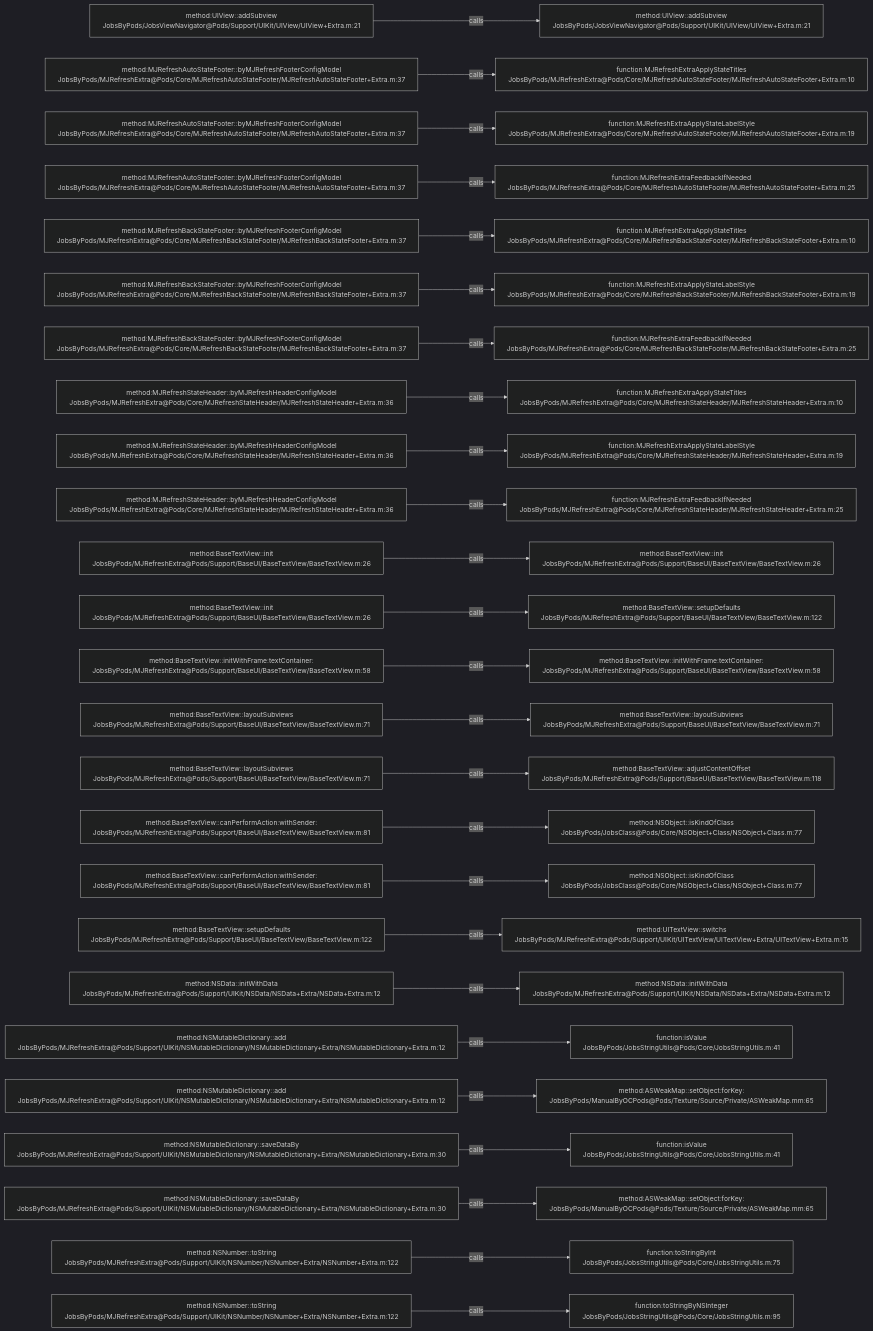
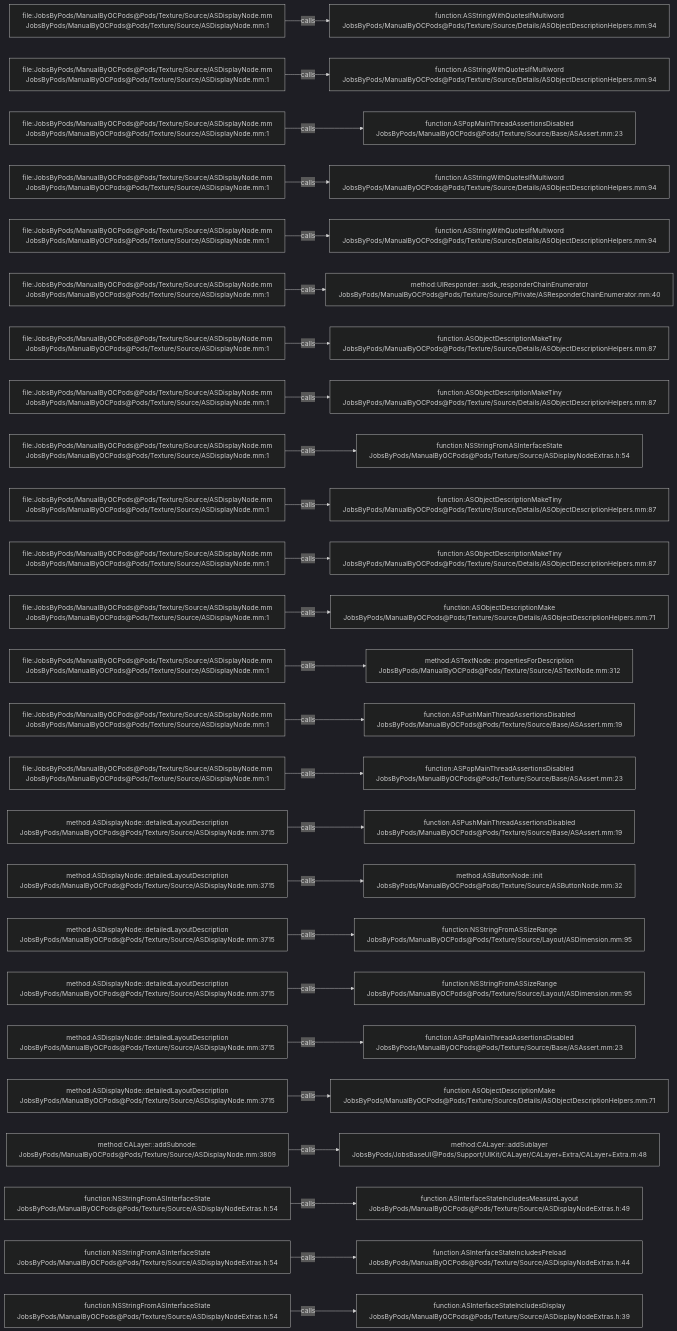
The diagram in .codegraph/codegraph.md/graphs/calls-112.md (JobsKits/JobsOCBaseConfigDemo), drawn with Mermaid (dark theme) before and after one commit. The commit also changed 2162 other files, not shown here.

````diff
--- a/.codegraph/codegraph.md/graphs/calls-112.md
+++ b/.codegraph/codegraph.md/graphs/calls-112.md
@@ -13,78 +13,78 @@
 ```mermaid
 flowchart LR
-  S1["method:UIView::addSubview<br/>JobsByPods/JobsViewNavigator@Pods/Support/UIKit/UIView/UIView+Extra.m:21"]
-  T1["method:UIView::addSubview<br/>JobsByPods/JobsViewNavigator@Pods/Support/UIKit/UIView/UIView+Extra.m:21"]
+  S1["file:JobsByPods/ManualByOCPods@Pods/Texture/Source/ASDisplayNode.mm<br/>JobsByPods/ManualByOCPods@Pods/Texture/Source/ASDisplayNode.mm:1"]
+  T1["function:ASStringWithQuotesIfMultiword<br/>JobsByPods/ManualByOCPods@Pods/Texture/Source/Details/ASObjectDescriptionHelpers.mm:94"]
   S1 -->|calls| T1
-  S2["method:MJRefreshAutoStateFooter::byMJRefreshFooterConfigModel<br/>JobsByPods/MJRefreshExtra@Pods/Core/MJRefreshAutoStateFooter/MJRefreshAutoStateFooter+Extra.m:37"]
-  T2["function:MJRefreshExtraApplyStateTitles<br/>JobsByPods/MJRefreshExtra@Pods/Core/MJRefreshAutoStateFooter/MJRefreshAutoStateFooter+Extra.m:10"]
+  S2["file:JobsByPods/ManualByOCPods@Pods/Texture/Source/ASDisplayNode.mm<br/>JobsByPods/ManualByOCPods@Pods/Texture/Source/ASDisplayNode.mm:1"]
+  T2["function:ASStringWithQuotesIfMultiword<br/>JobsByPods/ManualByOCPods@Pods/Texture/Source/Details/ASObjectDescriptionHelpers.mm:94"]
   S2 -->|calls| T2
-  S3["method:MJRefreshAutoStateFooter::byMJRefreshFooterConfigModel<br/>JobsByPods/MJRefreshExtra@Pods/Core/MJRefreshAutoStateFooter/MJRefreshAutoStateFooter+Extra.m:37"]
-  T3["function:MJRefreshExtraApplyStateLabelStyle<br/>JobsByPods/MJRefreshExtra@Pods/Core/MJRefreshAutoStateFooter/MJRefreshAutoStateFooter+Extra.m:19"]
+  S3["file:JobsByPods/ManualByOCPods@Pods/Texture/Source/ASDisplayNode.mm<br/>JobsByPods/ManualByOCPods@Pods/Texture/Source/ASDisplayNode.mm:1"]
+  T3["function:ASPopMainThreadAssertionsDisabled<br/>JobsByPods/ManualByOCPods@Pods/Texture/Source/Base/ASAssert.mm:23"]
   S3 -->|calls| T3
-  S4["method:MJRefreshAutoStateFooter::byMJRefreshFooterConfigModel<br/>JobsByPods/MJRefreshExtra@Pods/Core/MJRefreshAutoStateFooter/MJRefreshAutoStateFooter+Extra.m:37"]
-  T4["function:MJRefreshExtraFeedbackIfNeeded<br/>JobsByPods/MJRefreshExtra@Pods/Core/MJRefreshAutoStateFooter/MJRefreshAutoStateFooter+Extra.m:25"]
+  S4["file:JobsByPods/ManualByOCPods@Pods/Texture/Source/ASDisplayNode.mm<br/>JobsByPods/ManualByOCPods@Pods/Texture/Source/ASDisplayNode.mm:1"]
+  T4["function:ASStringWithQuotesIfMultiword<br/>JobsByPods/ManualByOCPods@Pods/Texture/Source/Details/ASObjectDescriptionHelpers.mm:94"]
   S4 -->|calls| T4
-  S5["method:MJRefreshBackStateFooter::byMJRefreshFooterConfigModel<br/>JobsByPods/MJRefreshExtra@Pods/Core/MJRefreshBackStateFooter/MJRefreshBackStateFooter+Extra.m:37"]
-  T5["function:MJRefreshExtraApplyStateTitles<br/>JobsByPods/MJRefreshExtra@Pods/Core/MJRefreshBackStateFooter/MJRefreshBackStateFooter+Extra.m:10"]
+  S5["file:JobsByPods/ManualByOCPods@Pods/Texture/Source/ASDisplayNode.mm<br/>JobsByPods/ManualByOCPods@Pods/Texture/Source/ASDisplayNode.mm:1"]
+  T5["function:ASStringWithQuotesIfMultiword<br/>JobsByPods/ManualByOCPods@Pods/Texture/Source/Details/ASObjectDescriptionHelpers.mm:94"]
   S5 -->|calls| T5
-  S6["method:MJRefreshBackStateFooter::byMJRefreshFooterConfigModel<br/>JobsByPods/MJRefreshExtra@Pods/Core/MJRefreshBackStateFooter/MJRefreshBackStateFooter+Extra.m:37"]
-  T6["function:MJRefreshExtraApplyStateLabelStyle<br/>JobsByPods/MJRefreshExtra@Pods/Core/MJRefreshBackStateFooter/MJRefreshBackStateFooter+Extra.m:19"]
+  S6["file:JobsByPods/ManualByOCPods@Pods/Texture/Source/ASDisplayNode.mm<br/>JobsByPods/ManualByOCPods@Pods/Texture/Source/ASDisplayNode.mm:1"]
+  T6["method:UIResponder::asdk_responderChainEnumerator<br/>JobsByPods/ManualByOCPods@Pods/Texture/Source/Private/ASResponderChainEnumerator.mm:40"]
   S6 -->|calls| T6
-  S7["method:MJRefreshBackStateFooter::byMJRefreshFooterConfigModel<br/>JobsByPods/MJRefreshExtra@Pods/Core/MJRefreshBackStateFooter/MJRefreshBackStateFooter+Extra.m:37"]
-  T7["function:MJRefreshExtraFeedbackIfNeeded<br/>JobsByPods/MJRefreshExtra@Pods/Core/MJRefreshBackStateFooter/MJRefreshBackStateFooter+Extra.m:25"]
+  S7["file:JobsByPods/ManualByOCPods@Pods/Texture/Source/ASDisplayNode.mm<br/>JobsByPods/ManualByOCPods@Pods/Texture/Source/ASDisplayNode.mm:1"]
+  T7["function:ASObjectDescriptionMakeTiny<br/>JobsByPods/ManualByOCPods@Pods/Texture/Source/Details/ASObjectDescriptionHelpers.mm:87"]
   S7 -->|calls| T7
-  S8["method:MJRefreshStateHeader::byMJRefreshHeaderConfigModel<br/>JobsByPods/MJRefreshExtra@Pods/Core/MJRefreshStateHeader/MJRefreshStateHeader+Extra.m:36"]
-  T8["function:MJRefreshExtraApplyStateTitles<br/>JobsByPods/MJRefreshExtra@Pods/Core/MJRefreshStateHeader/MJRefreshStateHeader+Extra.m:10"]
+  S8["file:JobsByPods/ManualByOCPods@Pods/Texture/Source/ASDisplayNode.mm<br/>JobsByPods/ManualByOCPods@Pods/Texture/Source/ASDisplayNode.mm:1"]
+  T8["function:ASObjectDescriptionMakeTiny<br/>JobsByPods/ManualByOCPods@Pods/Texture/Source/Details/ASObjectDescriptionHelpers.mm:87"]
   S8 -->|calls| T8
-  S9["method:MJRefreshStateHeader::byMJRefreshHeaderConfigModel<br/>JobsByPods/MJRefreshExtra@Pods/Core/MJRefreshStateHeader/MJRefreshStateHeader+Extra.m:36"]
-  T9["function:MJRefreshExtraApplyStateLabelStyle<br/>JobsByPods/MJRefreshExtra@Pods/Core/MJRefreshStateHeader/MJRefreshStateHeader+Extra.m:19"]
+  S9["file:JobsByPods/ManualByOCPods@Pods/Texture/Source/ASDisplayNode.mm<br/>JobsByPods/ManualByOCPods@Pods/Texture/Source/ASDisplayNode.mm:1"]
+  T9["function:NSStringFromASInterfaceState<br/>JobsByPods/ManualByOCPods@Pods/Texture/Source/ASDisplayNodeExtras.h:54"]
   S9 -->|calls| T9
-  S10["method:MJRefreshStateHeader::byMJRefreshHeaderConfigModel<br/>JobsByPods/MJRefreshExtra@Pods/Core/MJRefreshStateHeader/MJRefreshStateHeader+Extra.m:36"]
-  T10["function:MJRefreshExtraFeedbackIfNeeded<br/>JobsByPods/MJRefreshExtra@Pods/Core/MJRefreshStateHeader/MJRefreshStateHeader+Extra.m:25"]
+  S10["file:JobsByPods/ManualByOCPods@Pods/Texture/Source/ASDisplayNode.mm<br/>JobsByPods/ManualByOCPods@Pods/Texture/Source/ASDisplayNode.mm:1"]
+  T10["function:ASObjectDescriptionMakeTiny<br/>JobsByPods/ManualByOCPods@Pods/Texture/Source/Details/ASObjectDescriptionHelpers.mm:87"]
   S10 -->|calls| T10
-  S11["method:BaseTextView::init<br/>JobsByPods/MJRefreshExtra@Pods/Support/BaseUI/BaseTextView/BaseTextView.m:26"]
-  T11["method:BaseTextView::init<br/>JobsByPods/MJRefreshExtra@Pods/Support/BaseUI/BaseTextView/BaseTextView.m:26"]
+  S11["file:JobsByPods/ManualByOCPods@Pods/Texture/Source/ASDisplayNode.mm<br/>JobsByPods/ManualByOCPods@Pods/Texture/Source/ASDisplayNode.mm:1"]
+  T11["function:ASObjectDescriptionMakeTiny<br/>JobsByPods/ManualByOCPods@Pods/Texture/Source/Details/ASObjectDescriptionHelpers.mm:87"]
   S11 -->|calls| T11
-  S12["method:BaseTextView::init<br/>JobsByPods/MJRefreshExtra@Pods/Support/BaseUI/BaseTextView/BaseTextView.m:26"]
-  T12["method:BaseTextView::setupDefaults<br/>JobsByPods/MJRefreshExtra@Pods/Support/BaseUI/BaseTextView/BaseTextView.m:122"]
+  S12["file:JobsByPods/ManualByOCPods@Pods/Texture/Source/ASDisplayNode.mm<br/>JobsByPods/ManualByOCPods@Pods/Texture/Source/ASDisplayNode.mm:1"]
+  T12["function:ASObjectDescriptionMake<br/>JobsByPods/ManualByOCPods@Pods/Texture/Source/Details/ASObjectDescriptionHelpers.mm:71"]
   S12 -->|calls| T12
-  S13["method:BaseTextView::initWithFrame:textContainer:<br/>JobsByPods/MJRefreshExtra@Pods/Support/BaseUI/BaseTextView/BaseTextView.m:58"]
-  T13["method:BaseTextView::initWithFrame:textContainer:<br/>JobsByPods/MJRefreshExtra@Pods/Support/BaseUI/BaseTextView/BaseTextView.m:58"]
+  S13["file:JobsByPods/ManualByOCPods@Pods/Texture/Source/ASDisplayNode.mm<br/>JobsByPods/ManualByOCPods@Pods/Texture/Source/ASDisplayNode.mm:1"]
+  T13["method:ASTextNode::propertiesForDescription<br/>JobsByPods/ManualByOCPods@Pods/Texture/Source/ASTextNode.mm:312"]
   S13 -->|calls| T13
-  S14["method:BaseTextView::layoutSubviews<br/>JobsByPods/MJRefreshExtra@Pods/Support/BaseUI/BaseTextView/BaseTextView.m:71"]
-  T14["method:BaseTextView::layoutSubviews<br/>JobsByPods/MJRefreshExtra@Pods/Support/BaseUI/BaseTextView/BaseTextView.m:71"]
+  S14["file:JobsByPods/ManualByOCPods@Pods/Texture/Source/ASDisplayNode.mm<br/>JobsByPods/ManualByOCPods@Pods/Texture/Source/ASDisplayNode.mm:1"]
+  T14["function:ASPushMainThreadAssertionsDisabled<br/>JobsByPods/ManualByOCPods@Pods/Texture/Source/Base/ASAssert.mm:19"]
   S14 -->|calls| T14
-  S15["method:BaseTextView::layoutSubviews<br/>JobsByPods/MJRefreshExtra@Pods/Support/BaseUI/BaseTextView/BaseTextView.m:71"]
-  T15["method:BaseTextView::adjustContentOffset<br/>JobsByPods/MJRefreshExtra@Pods/Support/BaseUI/BaseTextView/BaseTextView.m:118"]
+  S15["file:JobsByPods/ManualByOCPods@Pods/Texture/Source/ASDisplayNode.mm<br/>JobsByPods/ManualByOCPods@Pods/Texture/Source/ASDisplayNode.mm:1"]
+  T15["function:ASPopMainThreadAssertionsDisabled<br/>JobsByPods/ManualByOCPods@Pods/Texture/Source/Base/ASAssert.mm:23"]
   S15 -->|calls| T15
-  S16["method:BaseTextView::canPerformAction:withSender:<br/>JobsByPods/MJRefreshExtra@Pods/Support/BaseUI/BaseTextView/BaseTextView.m:81"]
-  T16["method:NSObject::isKindOfClass<br/>JobsByPods/JobsClass@Pods/Core/NSObject+Class/NSObject+Class.m:77"]
+  S16["method:ASDisplayNode::detailedLayoutDescription<br/>JobsByPods/ManualByOCPods@Pods/Texture/Source/ASDisplayNode.mm:3715"]
+  T16["function:ASPushMainThreadAssertionsDisabled<br/>JobsByPods/ManualByOCPods@Pods/Texture/Source/Base/ASAssert.mm:19"]
   S16 -->|calls| T16
-  S17["method:BaseTextView::canPerformAction:withSender:<br/>JobsByPods/MJRefreshExtra@Pods/Support/BaseUI/BaseTextView/BaseTextView.m:81"]
-  T17["method:NSObject::isKindOfClass<br/>JobsByPods/JobsClass@Pods/Core/NSObject+Class/NSObject+Class.m:77"]
+  S17["method:ASDisplayNode::detailedLayoutDescription<br/>JobsByPods/ManualByOCPods@Pods/Texture/Source/ASDisplayNode.mm:3715"]
+  T17["method:ASButtonNode::init<br/>JobsByPods/ManualByOCPods@Pods/Texture/Source/ASButtonNode.mm:32"]
   S17 -->|calls| T17
-  S18["method:BaseTextView::setupDefaults<br/>JobsByPods/MJRefreshExtra@Pods/Support/BaseUI/BaseTextView/BaseTextView.m:122"]
-  T18["method:UITextView::switchs<br/>JobsByPods/MJRefreshExtra@Pods/Support/UIKit/UITextView/UITextView+Extra/UITextView+Extra.m:15"]
+  S18["method:ASDisplayNode::detailedLayoutDescription<br/>JobsByPods/ManualByOCPods@Pods/Texture/Source/ASDisplayNode.mm:3715"]
+  T18["function:NSStringFromASSizeRange<br/>JobsByPods/ManualByOCPods@Pods/Texture/Source/Layout/ASDimension.mm:95"]
   S18 -->|calls| T18
-  S19["method:NSData::initWithData<br/>JobsByPods/MJRefreshExtra@Pods/Support/UIKit/NSData/NSData+Extra/NSData+Extra.m:12"]
-  T19["method:NSData::initWithData<br/>JobsByPods/MJRefreshExtra@Pods/Support/UIKit/NSData/NSData+Extra/NSData+Extra.m:12"]
+  S19["method:ASDisplayNode::detailedLayoutDescription<br/>JobsByPods/ManualByOCPods@Pods/Texture/Source/ASDisplayNode.mm:3715"]
+  T19["function:NSStringFromASSizeRange<br/>JobsByPods/ManualByOCPods@Pods/Texture/Source/Layout/ASDimension.mm:95"]
   S19 -->|calls| T19
-  S20["method:NSMutableDictionary::add<br/>JobsByPods/MJRefreshExtra@Pods/Support/UIKit/NSMutableDictionary/NSMutableDictionary+Extra/NSMutableDictionary+Extra.m:12"]
-  T20["function:isValue<br/>JobsByPods/JobsStringUtils@Pods/Core/JobsStringUtils.m:41"]
+  S20["method:ASDisplayNode::detailedLayoutDescription<br/>JobsByPods/ManualByOCPods@Pods/Texture/Source/ASDisplayNode.mm:3715"]
+  T20["function:ASPopMainThreadAssertionsDisabled<br/>JobsByPods/ManualByOCPods@Pods/Texture/Source/Base/ASAssert.mm:23"]
   S20 -->|calls| T20
-  S21["method:NSMutableDictionary::add<br/>JobsByPods/MJRefreshExtra@Pods/Support/UIKit/NSMutableDictionary/NSMutableDictionary+Extra/NSMutableDictionary+Extra.m:12"]
-  T21["method:ASWeakMap::setObject:forKey:<br/>JobsByPods/ManualByOCPods@Pods/Texture/Source/Private/ASWeakMap.mm:65"]
+  S21["method:ASDisplayNode::detailedLayoutDescription<br/>JobsByPods/ManualByOCPods@Pods/Texture/Source/ASDisplayNode.mm:3715"]
+  T21["function:ASObjectDescriptionMake<br/>JobsByPods/ManualByOCPods@Pods/Texture/Source/Details/ASObjectDescriptionHelpers.mm:71"]
   S21 -->|calls| T21
-  S22["method:NSMutableDictionary::saveDataBy<br/>JobsByPods/MJRefreshExtra@Pods/Support/UIKit/NSMutableDictionary/NSMutableDictionary+Extra/NSMutableDictionary+Extra.m:30"]
-  T22["function:isValue<br/>JobsByPods/JobsStringUtils@Pods/Core/JobsStringUtils.m:41"]
+  S22["method:CALayer::addSubnode:<br/>JobsByPods/ManualByOCPods@Pods/Texture/Source/ASDisplayNode.mm:3809"]
+  T22["method:CALayer::addSublayer<br/>JobsByPods/JobsBaseUI@Pods/Support/UIKit/CALayer/CALayer+Extra/CALayer+Extra.m:48"]
   S22 -->|calls| T22
-  S23["method:NSMutableDictionary::saveDataBy<br/>JobsByPods/MJRefreshExtra@Pods/Support/UIKit/NSMutableDictionary/NSMutableDictionary+Extra/NSMutableDictionary+Extra.m:30"]
-  T23["method:ASWeakMap::setObject:forKey:<br/>JobsByPods/ManualByOCPods@Pods/Texture/Source/Private/ASWeakMap.mm:65"]
+  S23["function:NSStringFromASInterfaceState<br/>JobsByPods/ManualByOCPods@Pods/Texture/Source/ASDisplayNodeExtras.h:54"]
+  T23["function:ASInterfaceStateIncludesMeasureLayout<br/>JobsByPods/ManualByOCPods@Pods/Texture/Source/ASDisplayNodeExtras.h:49"]
   S23 -->|calls| T23
-  S24["method:NSNumber::toString<br/>JobsByPods/MJRefreshExtra@Pods/Support/UIKit/NSNumber/NSNumber+Extra/NSNumber+Extra.m:122"]
-  T24["function:toStringByInt<br/>JobsByPods/JobsStringUtils@Pods/Core/JobsStringUtils.m:75"]
+  S24["function:NSStringFromASInterfaceState<br/>JobsByPods/ManualByOCPods@Pods/Texture/Source/ASDisplayNodeExtras.h:54"]
+  T24["function:ASInterfaceStateIncludesPreload<br/>JobsByPods/ManualByOCPods@Pods/Texture/Source/ASDisplayNodeExtras.h:44"]
   S24 -->|calls| T24
-  S25["method:NSNumber::toString<br/>JobsByPods/MJRefreshExtra@Pods/Support/UIKit/NSNumber/NSNumber+Extra/NSNumber+Extra.m:122"]
-  T25["function:toStringByNSInteger<br/>JobsByPods/JobsStringUtils@Pods/Core/JobsStringUtils.m:95"]
+  S25["function:NSStringFromASInterfaceState<br/>JobsByPods/ManualByOCPods@Pods/Texture/Source/ASDisplayNodeExtras.h:54"]
+  T25["function:ASInterfaceStateIncludesDisplay<br/>JobsByPods/ManualByOCPods@Pods/Texture/Source/ASDisplayNodeExtras.h:39"]
   S25 -->|calls| T25
 ```
````
